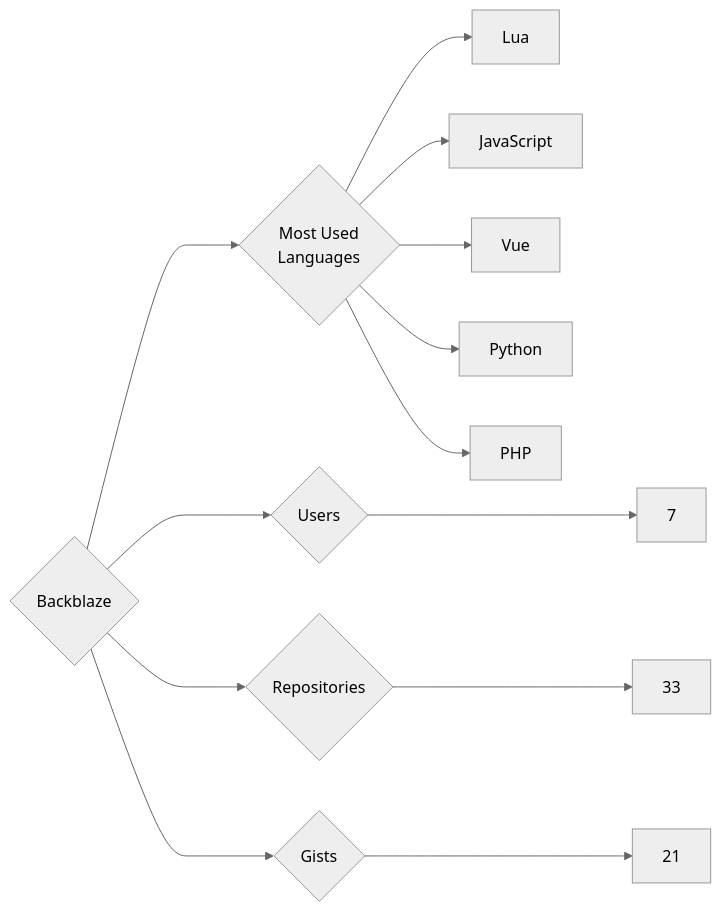
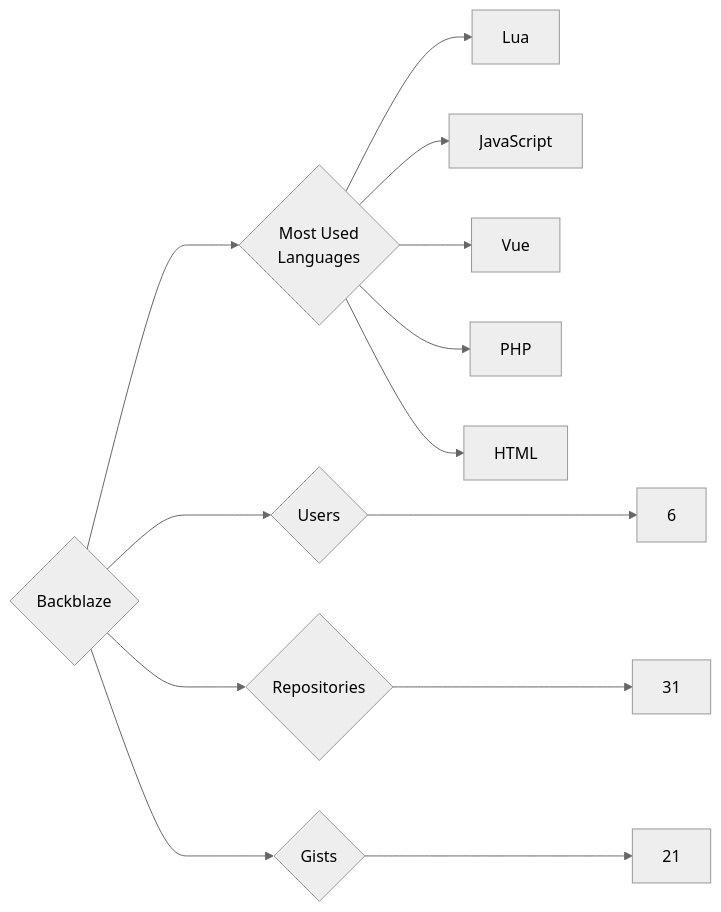
One commit to trickest/insiders changed the diagram in targets/Backblaze/README.md. Above: the diagram before and after it, drawn with Mermaid (neutral theme). The commit also changed 783 other files, not shown here.

````diff
--- a/targets/Backblaze/README.md
+++ b/targets/Backblaze/README.md
@@ -3,13 +3,13 @@
 ```mermaid
 graph LR
 COMPANY_NAME{Backblaze}
-COMPANY_NAME ---> U{Users} ---> UN[7]
-COMPANY_NAME ---> R{Repositories} ---> RN[33]
+COMPANY_NAME ---> U{Users} ---> UN[6]
+COMPANY_NAME ---> R{Repositories} ---> RN[31]
 COMPANY_NAME ---> G{Gists} ---> GN[21]
 COMPANY_NAME ---> ML{Most Used<br>Languages}
 ML --> Lua[Lua]
 ML --> JavaScript[JavaScript]
 ML --> Vue[Vue]
-ML --> Python[Python]
 ML --> PHP[PHP]
+ML --> HTML[HTML]
 ```
````
